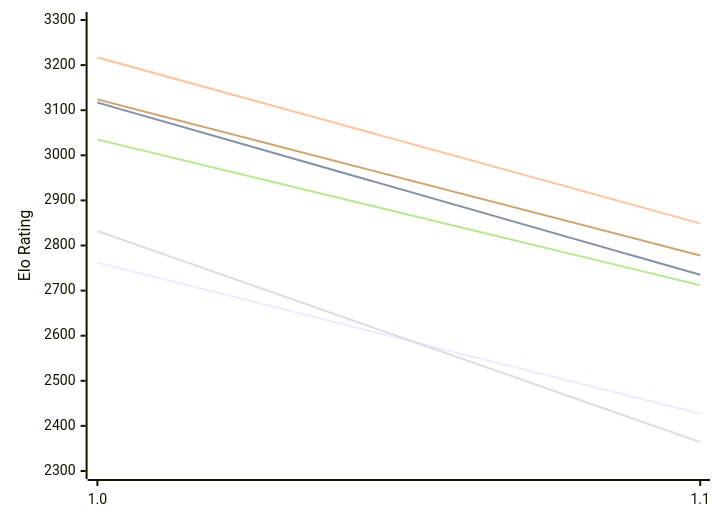
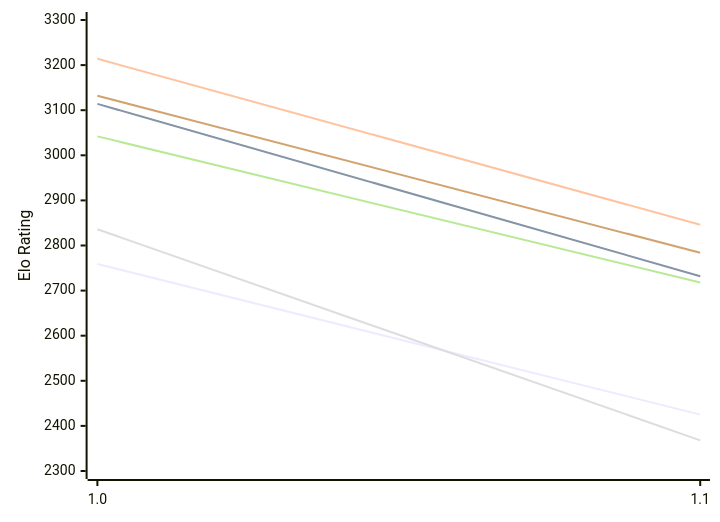
Before and after one commit to computer-chess-index/cci: the first of 2 diagrams in engines/Publius.md, drawn with Mermaid. The commit also changed other lines of this file, not shown here.

Commit message:
Update CCI Ratings (ELO VLTC) - 2026-11-23

````diff
--- a/engines/Publius.md
+++ b/engines/Publius.md
@@ -50,12 +50,12 @@
 ```mermaid
 %%{init: {"theme":"base","themeVariables":{"seriesColors:['#a3a3a3','#222221','#faa371']}}}%%
 xychart-beta
   x-axis ["1.0", "1.1"]
   y-axis "Elo Rating" 2300 --> 3300
-  line "E1: STC (8.0+0.08s)" [2762, 2427]
-  line "E1: LTC (60.0+0.60s)" [3117, 2735]
-  line "E1: VLTC (2m24s+1.12s)" [3217, 2849]
-  line "P1: STC (8.0+0.08s)" [2832, 2364]
-  line "P1: LTC (60.0+0.60s)" [3035, 2712]
-  line "P1: VLTC (2m24s+1.12s)" [3124, 2778]
+  line "E1: STC (8.0+0.08s)" [2759, 2425]
+  line "E1: LTC (60.0+0.60s)" [3114, 2732]
+  line "E1: VLTC (2m24s+1.12s)" [3214, 2846]
+  line "P1: STC (8.0+0.08s)" [2836, 2368]
+  line "P1: LTC (60.0+0.60s)" [3042, 2718]
+  line "P1: VLTC (2m24s+1.12s)" [3132, 2784]
 ```
````
